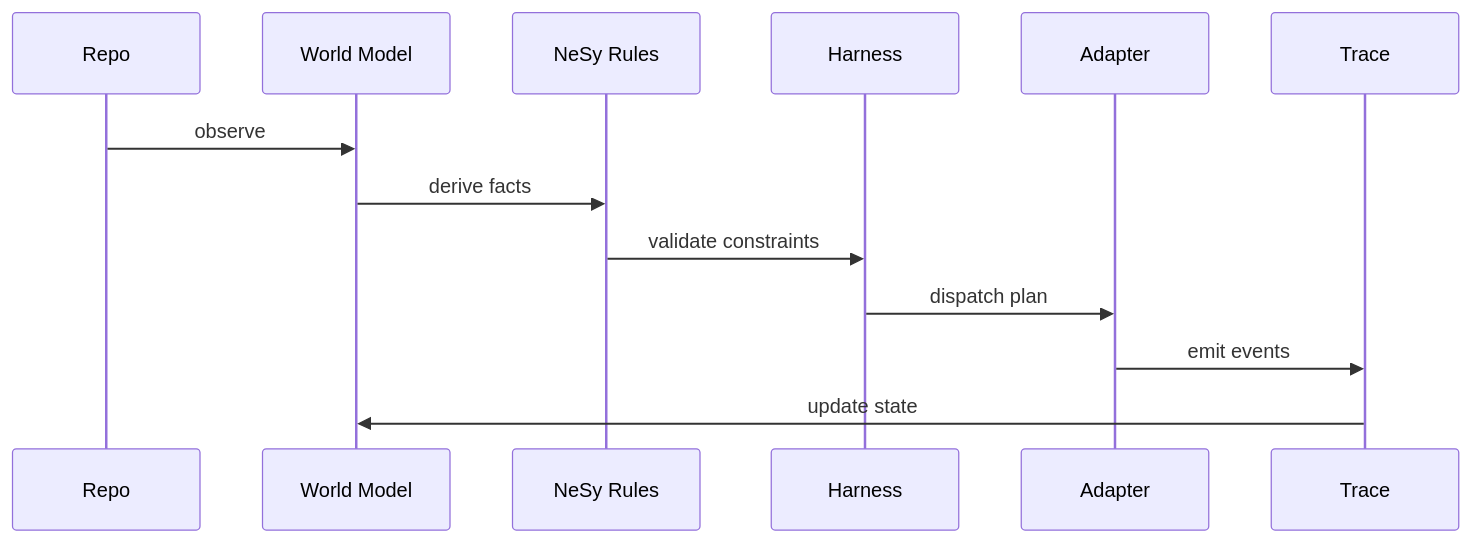
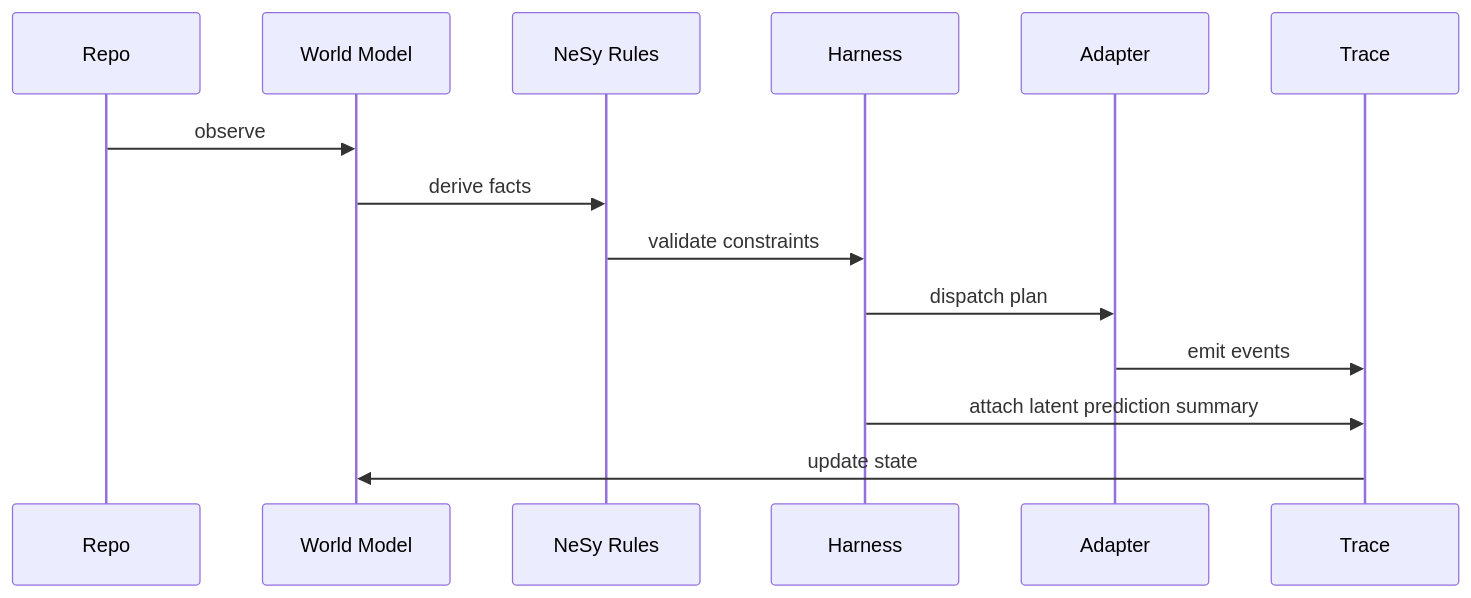
The diagram in docs/concepts/harness.md (kmosoti/blackcell), drawn with Mermaid before and after one commit. The commit also changed other lines of this file and 26 other files, not shown here.

````diff
--- a/docs/concepts/harness.md
+++ b/docs/concepts/harness.md
@@ -31,16 +46,17 @@
 ```mermaid
 sequenceDiagram
     participant R as Repo
     participant W as World Model
     participant N as NeSy Rules
     participant H as Harness
     participant A as Adapter
     participant T as Trace
 
     R->>W: observe
     W->>N: derive facts
     N->>H: validate constraints
     H->>A: dispatch plan
     A->>T: emit events
+    H->>T: attach latent prediction summary
     T->>W: update state
 ```
````
